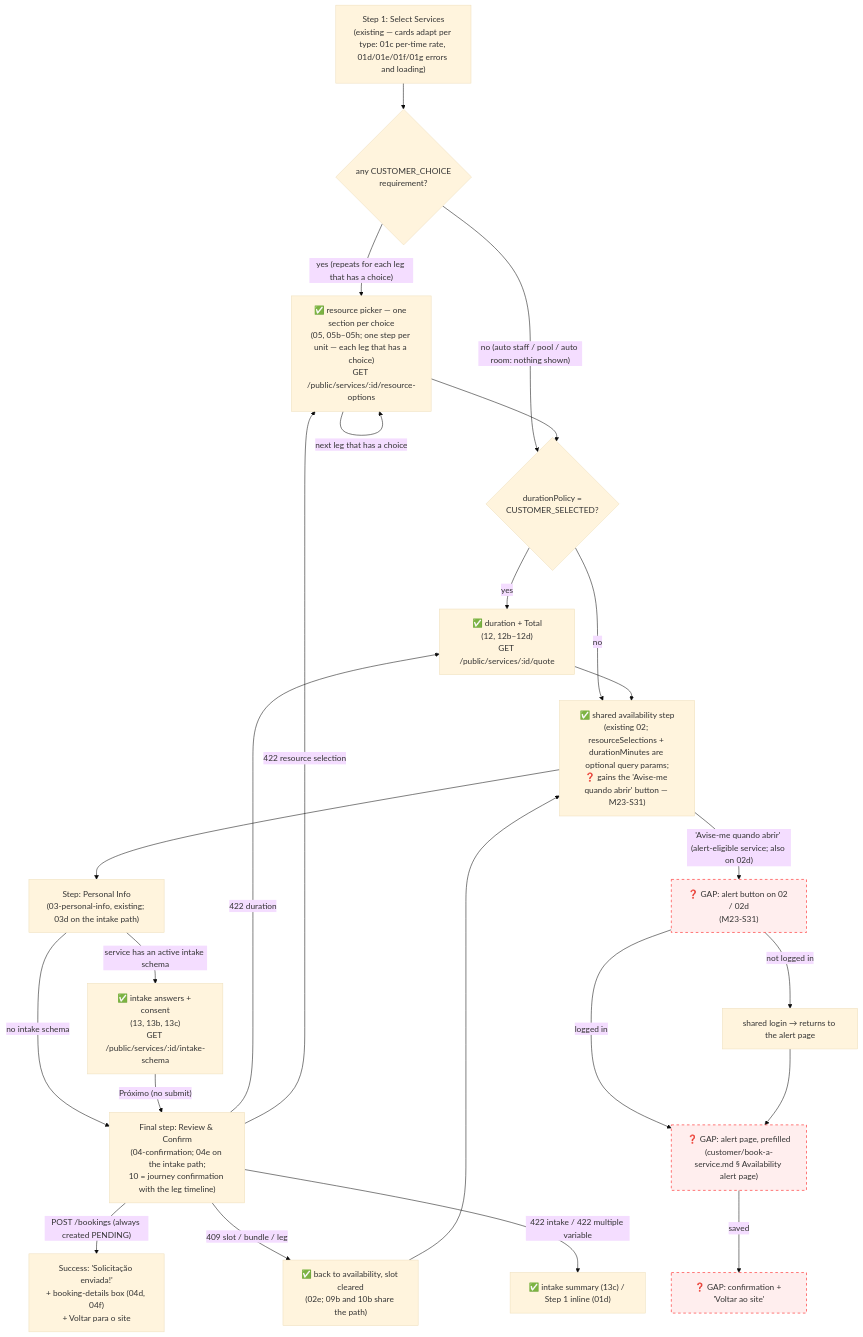
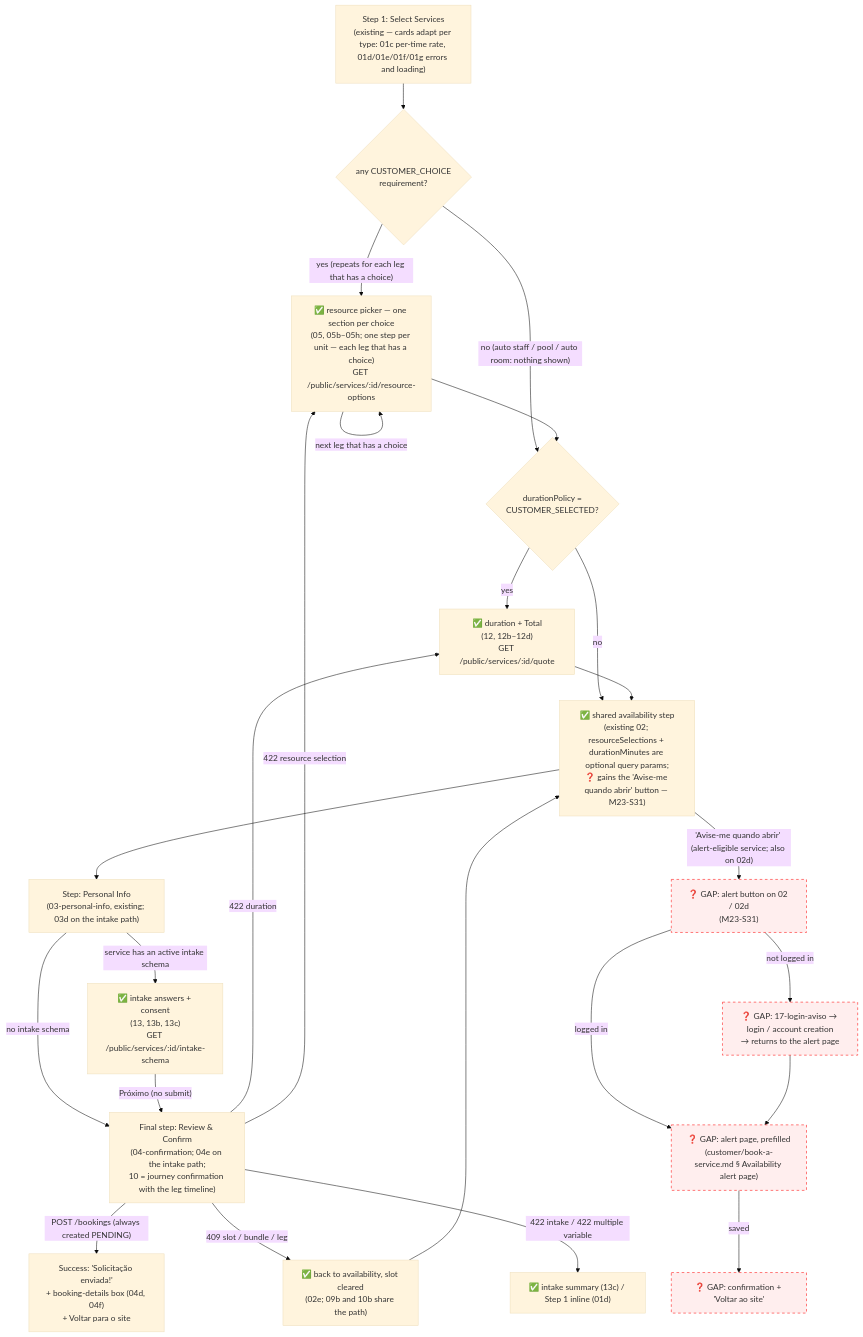
One commit to lmmoreira/ikaro changed the second of 2 diagrams in plan/journey/guest/book-a-service.md. Above: the diagram before and after it, drawn with Mermaid (base theme). The commit also changed other lines of this file and 18 other files, not shown here.

````diff
--- a/plan/journey/guest/book-a-service.md
+++ b/plan/journey/guest/book-a-service.md
@@ -59,30 +59,30 @@
 ```mermaid
 flowchart TD
     classDef gap stroke:#f00,stroke-dasharray: 5 5,fill:#fee
 
     S1b["Step 1: Select Services<br/>(existing — cards adapt per type: 01c per-time rate, 01d/01e/01f/01g errors and loading)"] --> HasChoice{"any CUSTOMER_CHOICE<br/>requirement?"}
     HasChoice -- "yes (repeats for each leg that has a choice)" --> Picker["✅ resource picker — one section per choice<br/>(05, 05b–05h; one step per unit — each leg that has a choice)<br/>GET /public/services/:id/resource-options"]
     HasChoice -- "no (auto staff / pool / auto room: nothing shown)" --> HasDuration
     Picker -->|"next leg that has a choice"| Picker
     Picker --> HasDuration{"durationPolicy =<br/>CUSTOMER_SELECTED?"}
     HasDuration -- "yes" --> Duration["✅ duration + Total<br/>(12, 12b–12d)<br/>GET /public/services/:id/quote"]
     HasDuration -- "no" --> Availability
     Duration --> Availability["✅ shared availability step<br/>(existing 02; resourceSelections + durationMinutes are optional query params;<br/>❓ gains the 'Avise-me quando abrir' button — M23-S31)"]
 
     Availability --> S3m["Step: Personal Info<br/>(03-personal-info, existing; 03d on the intake path)"]
     Availability -->|"'Avise-me quando abrir' (alert-eligible service; also on 02d)"| AlertBtn["❓ GAP: alert button on 02 / 02d<br/>(M23-S31)"]
-    AlertBtn -->|"not logged in"| AlertLogin["shared login → returns to the alert page"]
+    AlertBtn -->|"not logged in"| AlertLogin["❓ GAP: 17-login-aviso → login / account creation<br/>→ returns to the alert page"]
     AlertBtn -->|"logged in"| AlertPage["❓ GAP: alert page, prefilled<br/>(customer/book-a-service.md § Availability alert page)"]
     AlertLogin --> AlertPage
     AlertPage -->|"saved"| AlertDone["❓ GAP: confirmation + 'Voltar ao site'"]
-    class AlertBtn,AlertPage,AlertDone gap
+    class AlertBtn,AlertLogin,AlertPage,AlertDone gap
     S3m -->|"service has an active intake schema"| Intake["✅ intake answers + consent<br/>(13, 13b, 13c)<br/>GET /public/services/:id/intake-schema"]
     S3m -->|"no intake schema"| Confirm
     Intake -->|"Próximo (no submit)"| Confirm["Final step: Review & Confirm<br/>(04-confirmation; 04e on the intake path;<br/>10 = journey confirmation with the leg timeline)"]
     Confirm -->|"POST /bookings (always created PENDING)"| Done["Success: 'Solicitação enviada!'<br/>+ booking-details box (04d, 04f)<br/>+ Voltar para o site"]
     Confirm -->|"409 slot / bundle / leg"| BackAvail["✅ back to availability, slot cleared<br/>(02e; 09b and 10b share the path)"]
     Confirm -->|"422 duration"| Duration
     Confirm -->|"422 resource selection"| Picker
     Confirm -->|"422 intake / 422 multiple variable"| Errors["✅ intake summary (13c) / Step 1 inline (01d)"]
     BackAvail --> Availability
 ```
````
